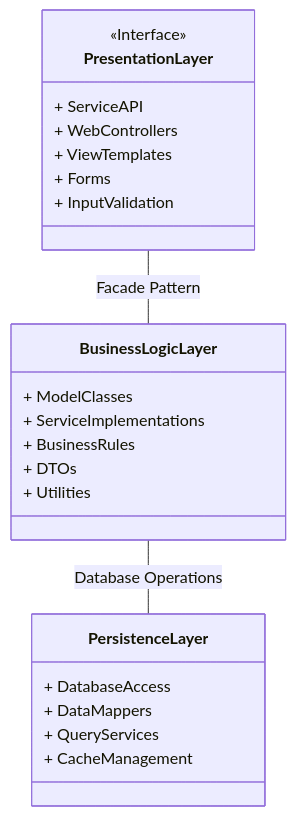
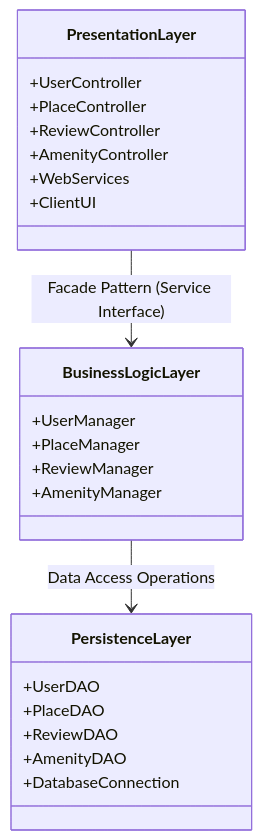
Before and after one commit to Maniok19/holbertonschool-hbnb: the diagram in PackageDiagram.mmd, drawn with Mermaid. The commit also changed other lines of this file and 1 other file, not shown here.

Commit message:
Refactor class and package diagrams to enhance clarity and detail in the architecture, updating the README to reflect changes in the three-tier structure and core functionalities.

```diff
--- a/PackageDiagram.mmd
+++ b/PackageDiagram.mmd
@@ -1,25 +1,28 @@
 classDiagram
-  class PresentationLayer {
-    <<Interface>>
-    + ServiceAPI
-    + WebControllers
-    + ViewTemplates
-    + Forms
-    + InputValidation
-  }
-  class BusinessLogicLayer {
-    + ModelClasses
-    + ServiceImplementations
-    + BusinessRules
-    + DTOs
-    + Utilities
-  }
-  class PersistenceLayer {
-    + DatabaseAccess
-    + DataMappers
-    + QueryServices
-    + CacheManagement
-  }
-  
-  PresentationLayer -- BusinessLogicLayer : Facade Pattern
-  BusinessLogicLayer -- PersistenceLayer : Database Operations
+
+class PresentationLayer {
+    +UserController
+    +PlaceController
+    +ReviewController
+    +AmenityController
+    +WebServices
+    +ClientUI
+}
+
+class BusinessLogicLayer {
+    +UserManager
+    +PlaceManager
+    +ReviewManager
+    +AmenityManager
+}
+
+class PersistenceLayer {
+    +UserDAO
+    +PlaceDAO
+    +ReviewDAO
+    +AmenityDAO
+    +DatabaseConnection
+}
+
+PresentationLayer --> BusinessLogicLayer : Facade Pattern (Service Interface)
+BusinessLogicLayer --> PersistenceLayer : Data Access Operations
```
